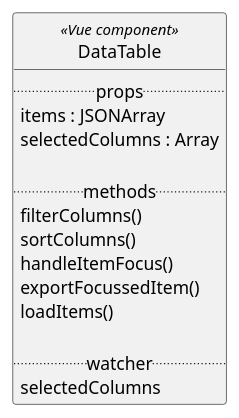
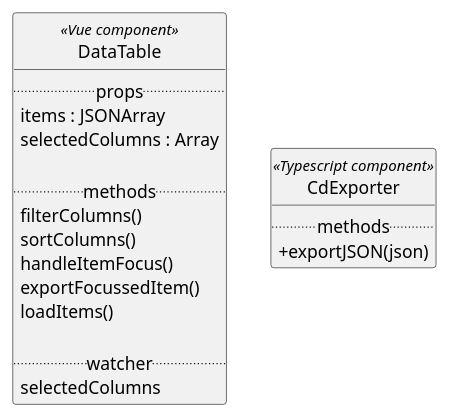
One commit to DHBW-TINF24F/Team1-BaSyx-ConceptDescription-Manager changed the second of 5 diagrams in PROJECT/SAS/SAS.md. Above: the diagram before and after it, drawn with PlantUML. The commit also changed other lines of this file and 1 other file, not shown here.

````diff
--- a/PROJECT/SAS/SAS.md
+++ b/PROJECT/SAS/SAS.md
@@ -118,26 +119,34 @@
 ```plantuml
 @startuml
 skinparam style strictuml
 skinparam classAttributeIconSize 0
 
 ' -----------------------
 ' Vue Component: Data Table
 ' -----------------------
 class "DataTable" <<Vue component>> {
   ..props..
   items : JSONArray
   selectedColumns : Array
 
   ..methods..
   filterColumns()
   sortColumns()
   handleItemFocus()
   exportFocussedItem()
   loadItems()
 
   ..watcher..
   selectedColumns
 }
 
+' -----------------------
+' Typescript Component: Cd Exporter
+' -----------------------
+class "CdExporter" <<Typescript component>> {
+  ..methods..
+  +exportJSON(json)
+}
+
 @enduml
 ```
````
